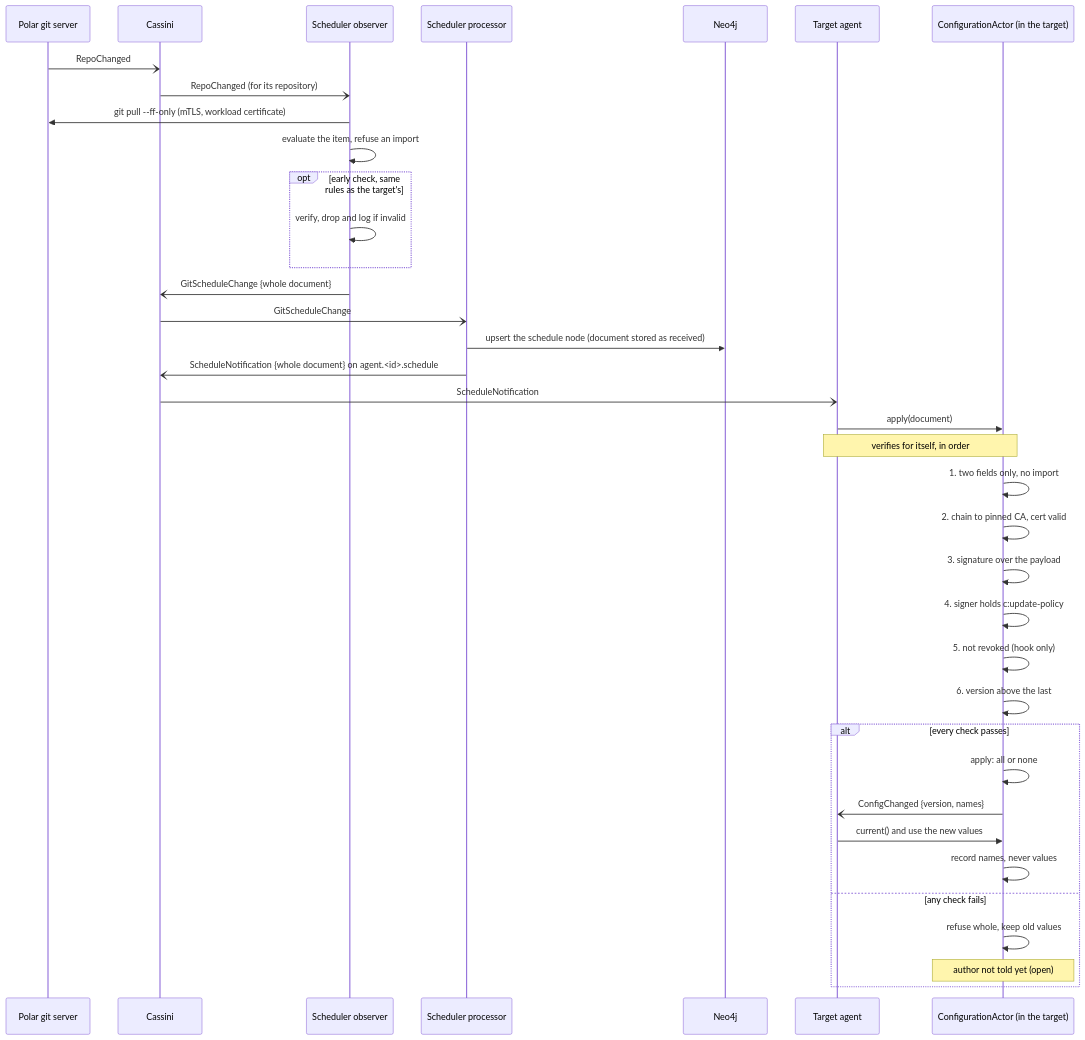
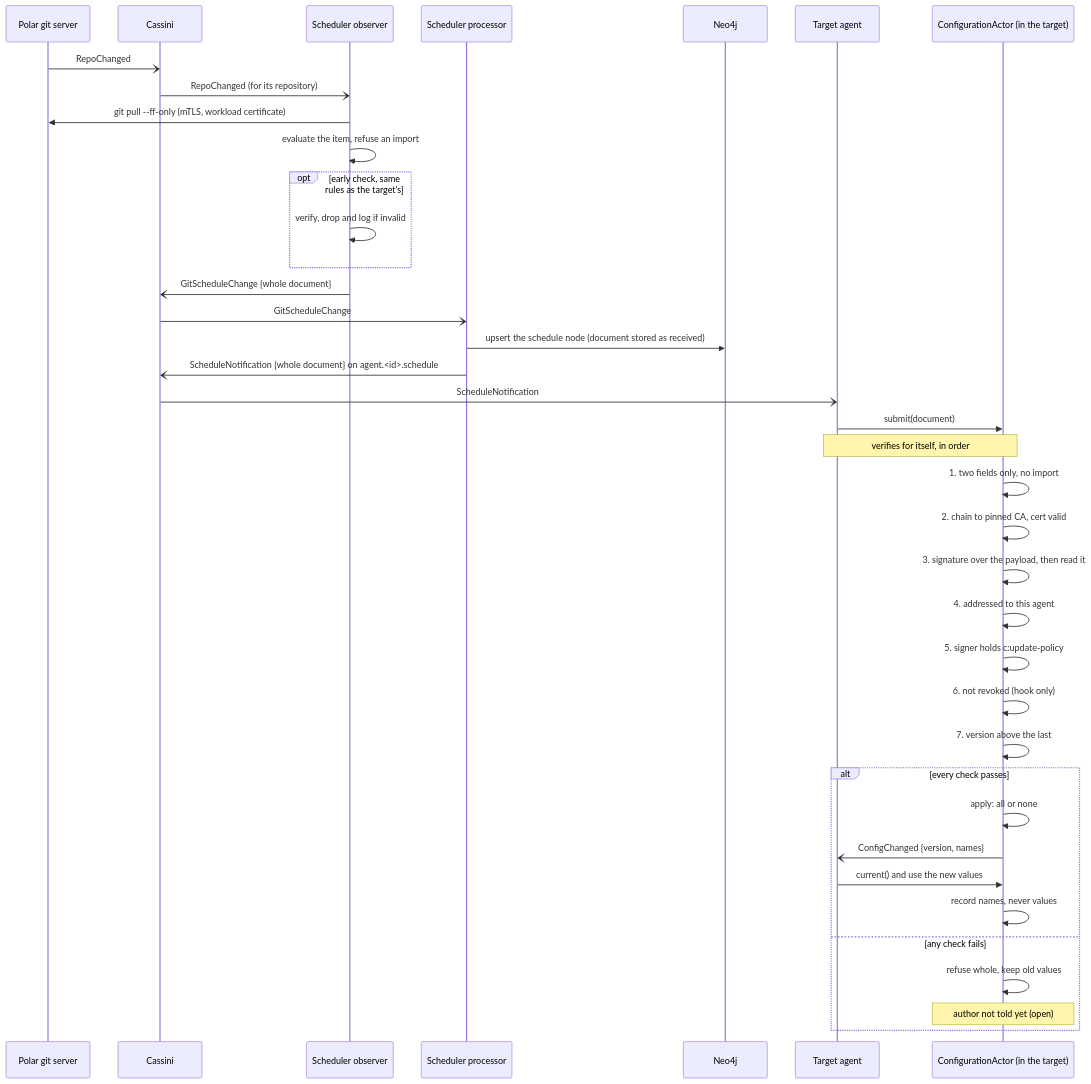
Before and after one commit to cmu-sei/Polar: the diagram in docs/architecture/sequences/general/signed_configuration_delivery.mmd, drawn with Mermaid. The commit also changed 14 other files, not shown here.

```diff
--- a/docs/architecture/sequences/general/signed_configuration_delivery.mmd
+++ b/docs/architecture/sequences/general/signed_configuration_delivery.mmd
@@ -1,39 +1,40 @@
 sequenceDiagram
     participant Server as Polar git server
     participant Cassini
     participant Observer as Scheduler observer
     participant Processor as Scheduler processor
     participant Graph as Neo4j
     participant Target as Target agent
     participant CA as ConfigurationActor (in the target)
 
     Server-)Cassini: RepoChanged
     Cassini-)Observer: RepoChanged (for its repository)
     Observer->>Server: git pull --ff-only (mTLS, workload certificate)
     Observer->>Observer: evaluate the item, refuse an import
     opt early check, same rules as the target's
         Observer->>Observer: verify, drop and log if invalid
     end
     Observer-)Cassini: GitScheduleChange {whole document}
     Cassini-)Processor: GitScheduleChange
     Processor->>Graph: upsert the schedule node (document stored as received)
     Processor-)Cassini: ScheduleNotification {whole document} on agent.<id>.schedule
     Cassini-)Target: ScheduleNotification
-    Target->>CA: apply(document)
+    Target->>CA: submit(document)
 
     Note over Target,CA: verifies for itself, in order
     CA->>CA: 1. two fields only, no import
     CA->>CA: 2. chain to pinned CA, cert valid
-    CA->>CA: 3. signature over the payload
-    CA->>CA: 4. signer holds c:update-policy
-    CA->>CA: 5. not revoked (hook only)
-    CA->>CA: 6. version above the last
+    CA->>CA: 3. signature over the payload, then read it
+    CA->>CA: 4. addressed to this agent
+    CA->>CA: 5. signer holds c:update-policy
+    CA->>CA: 6. not revoked (hook only)
+    CA->>CA: 7. version above the last
     alt every check passes
         CA->>CA: apply: all or none
         CA-)Target: ConfigChanged {version, names}
         Target->>CA: current() and use the new values
         CA->>CA: record names, never values
     else any check fails
         CA->>CA: refuse whole, keep old values
         Note over CA: author not told yet (open)
     end
```
